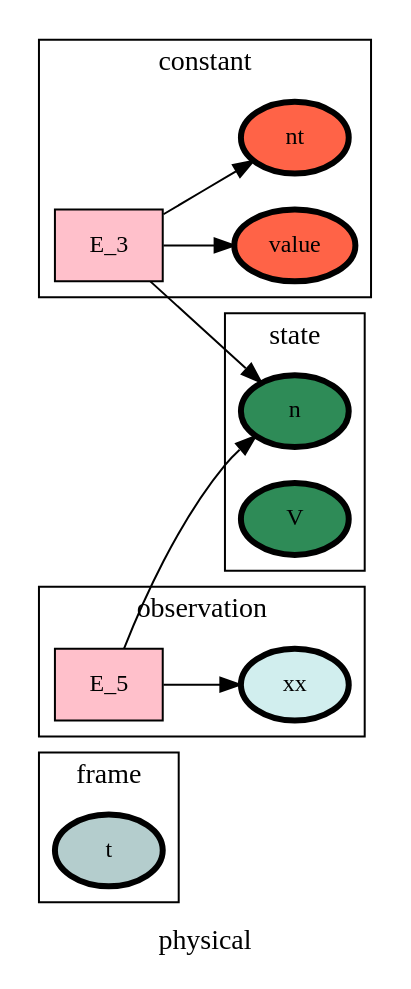
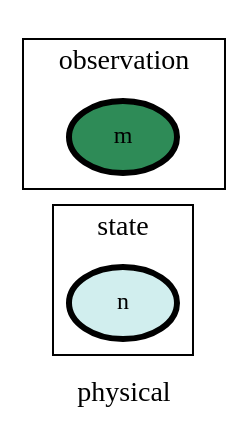
Before and after one commit to heinz-preisig/processes_distributed_no_interface_eqs: the diagram in ontology_graphs/graph__physical.dot, drawn with Graphviz. The commit also changed 86 other files, not shown here.

```diff
--- a/ontology_graphs/graph__physical.dot
+++ b/ontology_graphs/graph__physical.dot
@@ -1,72 +1,61 @@
 digraph physical {
 label=physical;
 rankdir=LR;
 subgraph cluster_physical___network {
 label=network;
 rankdir=LR;
 }
 
 subgraph cluster_physical___differenceOperator {
 label=differenceOperator;
 rankdir=LR;
 }
 
 subgraph cluster_physical___frame {
 label=frame;
 rankdir=LR;
-V_1 [fillcolor=lightcyan3, fontsize=12, label=t, penwidth=3, style=filled];
 }
 
 subgraph cluster_physical___state {
 label=state;
 rankdir=LR;
-V_2 [fillcolor=seagreen4, fontsize=12, label=n, penwidth=3, style=filled];
-V_3 [fillcolor=seagreen4, fontsize=12, label=V, penwidth=3, style=filled];
+V_1 [fillcolor=lightcyan2, fontsize=12, label=n, penwidth=3, style=filled];
 }
 
-E_3 -> V_2  [splines=ortho];
-E_3 -> V_6  [splines=ortho];
 subgraph cluster_physical___constant {
 label=constant;
 rankdir=LR;
-V_6 [fillcolor=tomato, fontsize=12, label=value, penwidth=3, style=filled];
-V_7 [fillcolor=tomato, fontsize=12, label=nt, penwidth=3, style=filled];
-E_3 [fillcolor=pink, fontsize=12, shape=box, style=filled];
-E_3 -> V_7  [splines=ortho];
 }
 
 subgraph cluster_physical___effort {
 label=effort;
 rankdir=LR;
 }
 
 subgraph cluster_physical___secondaryState {
 label=secondaryState;
 rankdir=LR;
 }
 
 subgraph cluster_physical___diffState {
 label=diffState;
 rankdir=LR;
 }
 
 subgraph cluster_physical___conversion {
 label=conversion;
 rankdir=LR;
 }
 
 subgraph cluster_physical___controlInput {
 label=controlInput;
 rankdir=LR;
 }
 
-E_5 -> V_2  [splines=ortho];
 subgraph cluster_physical___observation {
 label=observation;
 rankdir=LR;
-V_9 [fillcolor=lightcyan2, fontsize=12, label=xx, penwidth=3, style=filled];
-E_5 [fillcolor=pink, fontsize=12, shape=box, style=filled];
-E_5 -> V_9  [splines=ortho];
+V_2 [fillcolor=seagreen, fontsize=12, label=m, penwidth=3, style=filled];
 }
 
 }
```
